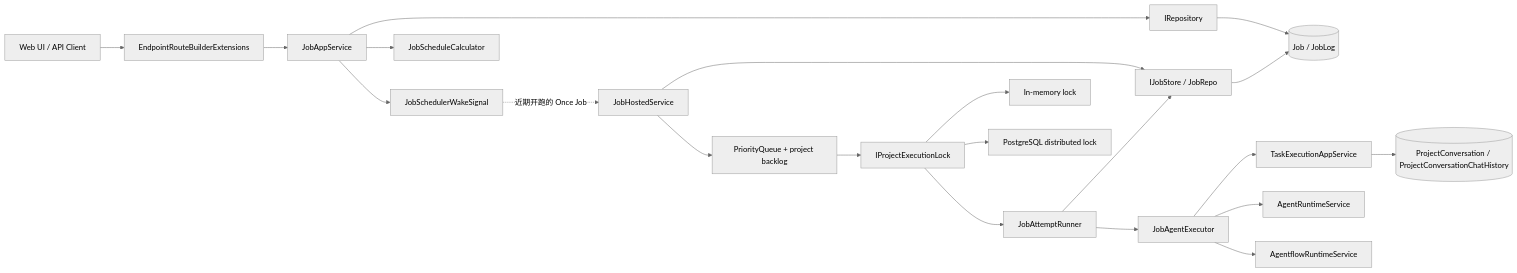
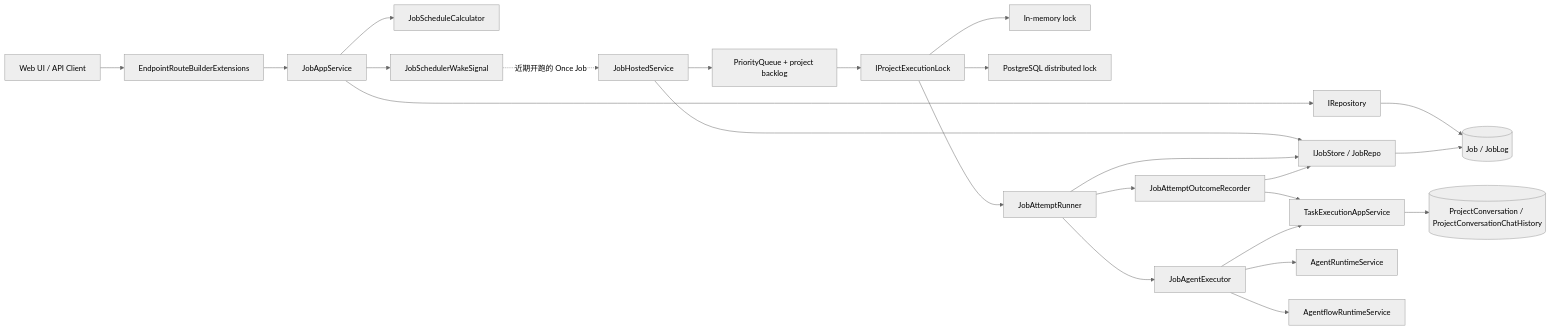
Before and after one commit to zxyao145/agw: the first of 2 diagrams in src/server/Agw.Jobs/README.zh-CN.md, drawn with Mermaid (neutral theme). The commit also changed other lines of this file and 93 other files, not shown here.

````diff
--- a/src/server/Agw.Jobs/README.zh-CN.md
+++ b/src/server/Agw.Jobs/README.zh-CN.md
@@ -36,25 +36,28 @@
 ```mermaid
 flowchart LR
     Client["Web UI / API Client"] --> Endpoints["EndpointRouteBuilderExtensions"]
     Endpoints --> AppService["JobAppService"]
     AppService --> Repository["IRepository<Job>"]
     AppService --> Calculator["JobScheduleCalculator"]
     AppService --> WakeSignal["JobSchedulerWakeSignal"]
 
     Repository --> Database[("Job / JobLog")]
     WakeSignal -.->|近期开跑的 Once Job| Scheduler["JobHostedService"]
     Scheduler --> Store["IJobStore / JobRepo"]
     Store --> Database
     Scheduler --> Queue["PriorityQueue + project backlog"]
     Queue --> Lock["IProjectExecutionLock"]
     Lock --> InMemoryLock["In-memory lock"]
     Lock --> PostgresLock["PostgreSQL distributed lock"]
 
     Lock --> Runner["JobAttemptRunner"]
     Runner --> Store
     Runner --> Executor["JobAgentExecutor"]
+    Runner --> Outcome["JobAttemptOutcomeRecorder"]
+    Outcome --> Store
+    Outcome --> Projects
     Executor --> Projects["TaskExecutionAppService"]
     Executor --> AgentRuntime["AgentRuntimeService"]
     Executor --> FlowRuntime["AgentflowRuntimeService"]
     Projects --> TaskData[("ProjectConversation / ProjectConversationChatHistory")]
 ```
````
